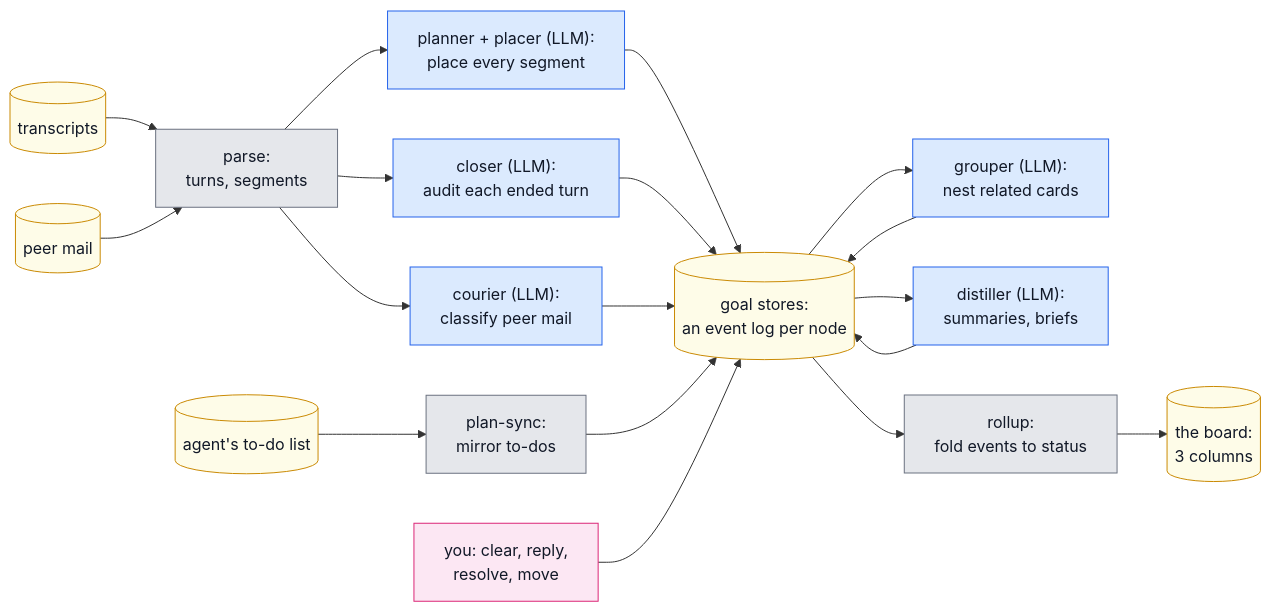
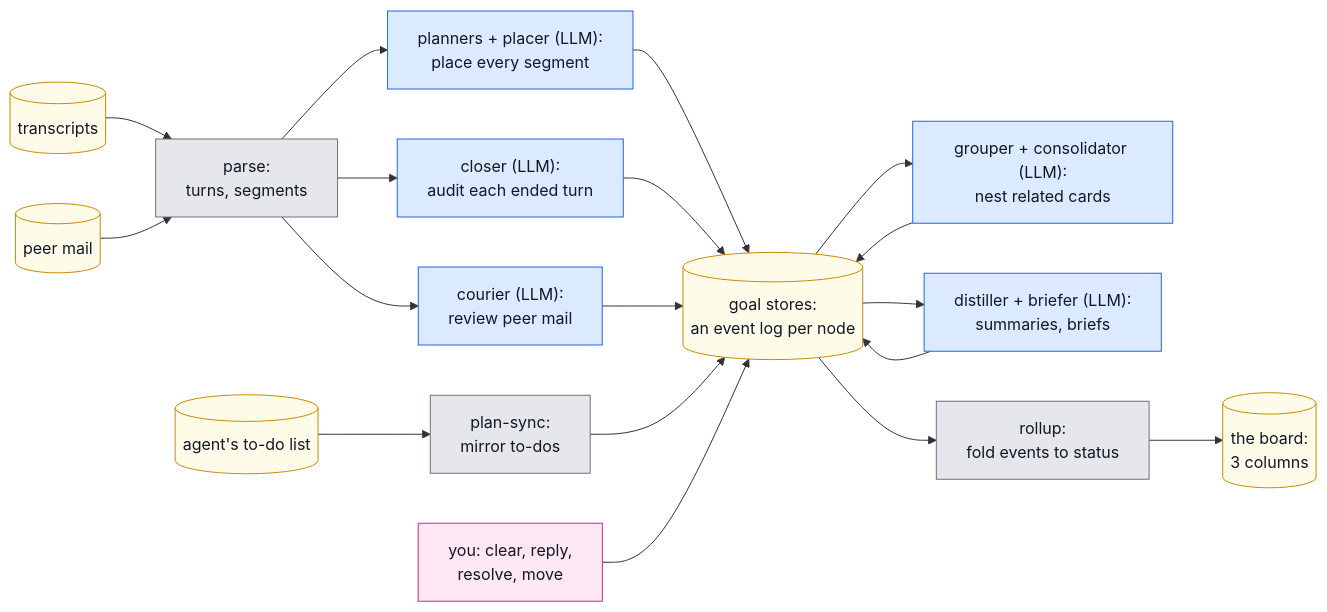
Before and after one commit to Chris-mian/romp: the first of 5 diagrams in docs/judge-pipeline.md, drawn with Mermaid. The commit also changed other lines of this file and 2 other files, not shown here.

First line of the commit message:
docs: judge docs pass 2 — when-each-judge-runs timeline, one name per judge, goal-state decluttered

````diff
--- a/docs/judge-pipeline.md
+++ b/docs/judge-pipeline.md
@@ -20,22 +20,22 @@
 ```mermaid
 flowchart LR
     TR[("transcripts")]:::data --> PARSE["parse:<br/>turns, segments"]:::det
     MAIL[("peer mail")]:::data --> PARSE
-    PARSE --> PLAN["planner + placer (LLM):<br/>place every segment"]:::llm
+    PARSE --> PLAN["planners + placer (LLM):<br/>place every segment"]:::llm
     PARSE --> CLOSE["closer (LLM):<br/>audit each ended turn"]:::llm
-    PARSE --> COUR["courier (LLM):<br/>classify peer mail"]:::llm
+    PARSE --> COUR["courier (LLM):<br/>review peer mail"]:::llm
     TODO[("agent's to-do list")]:::data --> SYNC["plan-sync:<br/>mirror to-dos"]:::det
     PLAN --> LOG[("goal stores:<br/>an event log per node")]:::data
     CLOSE --> LOG
     COUR --> LOG
     SYNC --> LOG
     YOU["you: clear, reply,<br/>resolve, move"]:::user --> LOG
-    LOG --> GROUP["grouper (LLM):<br/>nest related cards"]:::llm --> LOG
-    LOG --> DIST["distiller (LLM):<br/>summaries, briefs"]:::llm --> LOG
+    LOG --> GROUP["grouper + consolidator (LLM):<br/>nest related cards"]:::llm --> LOG
+    LOG --> DIST["distiller + briefer (LLM):<br/>summaries, briefs"]:::llm --> LOG
     LOG --> ROLL["rollup:<br/>fold events to status"]:::det
     ROLL --> BOARD[("the board:<br/>3 columns")]:::data
     classDef llm fill:#dbeafe,stroke:#2563eb,color:#111827
     classDef det fill:#e5e7eb,stroke:#6b7280,color:#111827
     classDef data fill:#fefce8,stroke:#ca8a04,color:#111827
     classDef user fill:#fce7f3,stroke:#db2777,color:#111827
 ```
````
